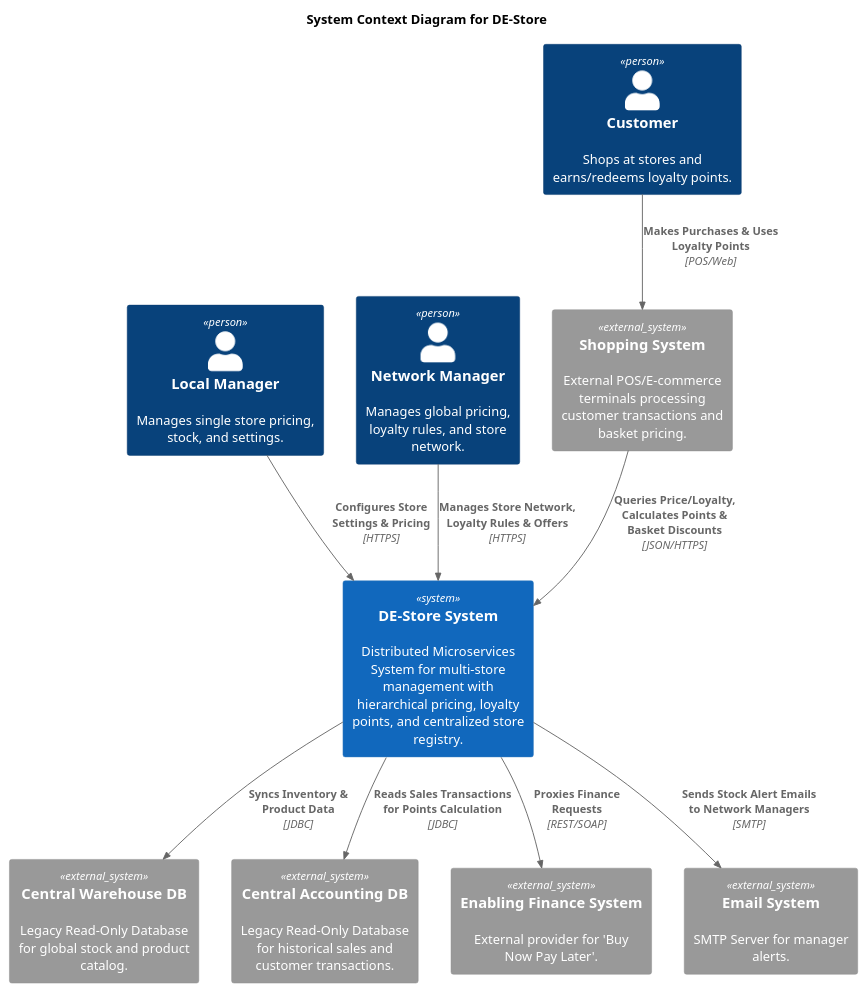
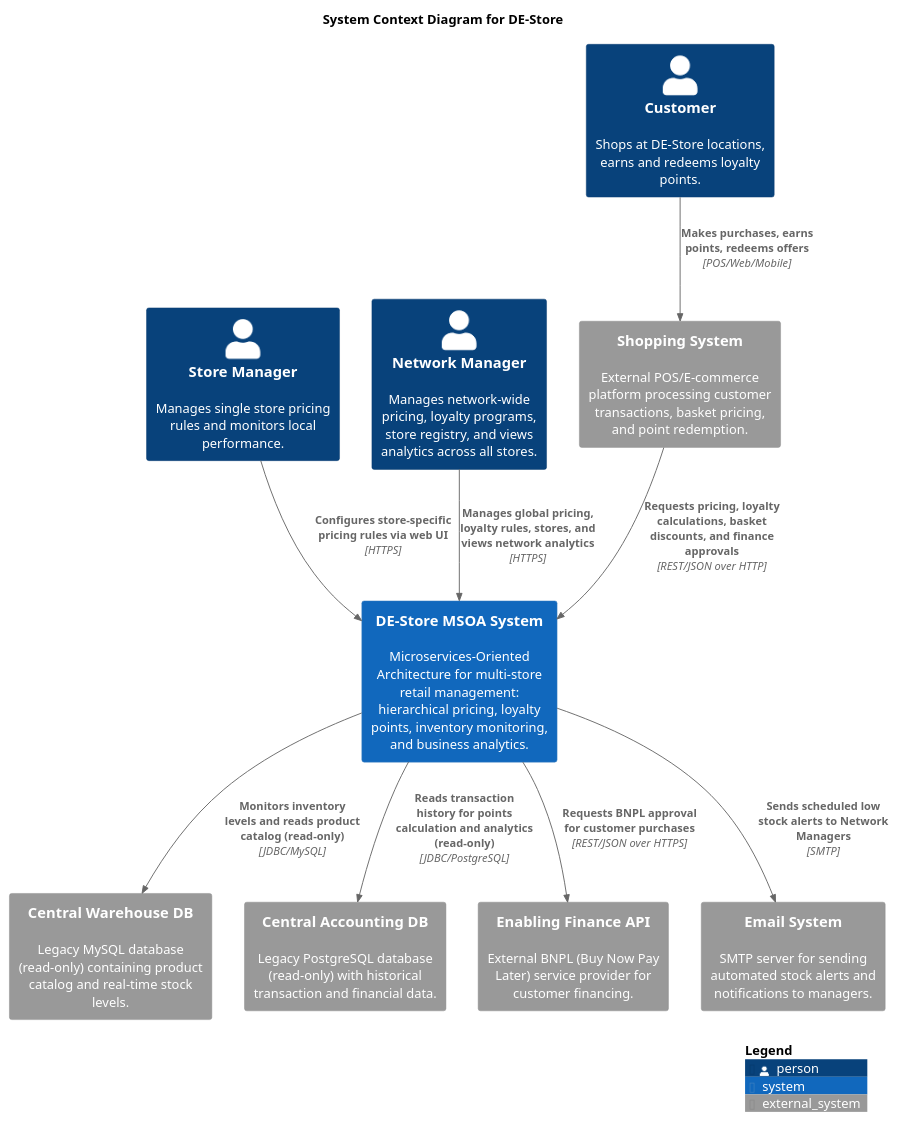
The diagram in Docs/context.puml (Alex180504/DE-store), drawn with PlantUML before and after one commit. The commit also changed 46 other files, not shown here.

Commit message:
Add uml c4 diagrams

```diff
--- a/Docs/context.puml
+++ b/Docs/context.puml
@@ -1,35 +1,36 @@
 @startuml
 !include https://raw.githubusercontent.com/plantuml-stdlib/C4-PlantUML/master/C4_Context.puml
 
 title System Context Diagram for DE-Store
 
 ' Personas
-Person(localMgr, "Local Manager", "Manages single store pricing, stock, and settings.")
-Person(netMgr, "Network Manager", "Manages global pricing, loyalty rules, and store network.")
-Person(customer, "Customer", "Shops at stores and earns/redeems loyalty points.")
+Person(storeMgr, "Store Manager", "Manages single store pricing rules and monitors local performance.")
+Person(netMgr, "Network Manager", "Manages network-wide pricing, loyalty programs, store registry, and views analytics across all stores.")
+Person(customer, "Customer", "Shops at DE-Store locations, earns and redeems loyalty points.")
 
 ' The Core System
-System(deStore, "DE-Store System", "Distributed Microservices System for multi-store management with hierarchical pricing, loyalty points, and centralized store registry.")
+System(deStore, "DE-Store MSOA System", "Microservices-Oriented Architecture for multi-store retail management: hierarchical pricing, loyalty points, inventory monitoring, and business analytics.")
 
 ' External Systems (The Environment)
-System_Ext(shoppingSys, "Shopping System", "External POS/E-commerce terminals processing customer transactions and basket pricing.")
-System_Ext(warehouseDB, "Central Warehouse DB", "Legacy Read-Only Database for global stock and product catalog.")
-System_Ext(accountingDB, "Central Accounting DB", "Legacy Read-Only Database for historical sales and customer transactions.")
-System_Ext(enablingSys, "Enabling Finance System", "External provider for 'Buy Now Pay Later'.")
-System_Ext(email, "Email System", "SMTP Server for manager alerts.")
+System_Ext(shoppingSys, "Shopping System", "External POS/E-commerce platform processing customer transactions, basket pricing, and point redemption.")
+System_Ext(warehouseDB, "Central Warehouse DB", "Legacy MySQL database (read-only) containing product catalog and real-time stock levels.")
+System_Ext(accountingDB, "Central Accounting DB", "Legacy PostgreSQL database (read-only) with historical transaction and financial data.")
+System_Ext(enablingSys, "Enabling Finance API", "External BNPL (Buy Now Pay Later) service provider for customer financing.")
+System_Ext(emailSys, "Email System", "SMTP server for sending automated stock alerts and notifications to managers.")
 
 ' Relationships - Human to System
-Rel(localMgr, deStore, "Configures Store Settings & Pricing", "HTTPS")
-Rel(netMgr, deStore, "Manages Store Network, Loyalty Rules & Offers", "HTTPS")
-Rel(customer, shoppingSys, "Makes Purchases & Uses Loyalty Points", "POS/Web")
+Rel(storeMgr, deStore, "Configures store-specific pricing rules via web UI", "HTTPS")
+Rel(netMgr, deStore, "Manages global pricing, loyalty rules, stores, and views network analytics", "HTTPS")
+Rel(customer, shoppingSys, "Makes purchases, earns points, redeems offers", "POS/Web/Mobile")
 
 ' Relationships - External Systems to DE-Store
-Rel(shoppingSys, deStore, "Queries Price/Loyalty, Calculates Points & Basket Discounts", "JSON/HTTPS")
+Rel(shoppingSys, deStore, "Requests pricing, loyalty calculations, basket discounts, and finance approvals", "REST/JSON over HTTP")
 
 ' Relationships - DE-Store to Legacy/External
-Rel(deStore, warehouseDB, "Syncs Inventory & Product Data", "JDBC")
-Rel(deStore, accountingDB, "Reads Sales Transactions for Points Calculation", "JDBC")
-Rel(deStore, enablingSys, "Proxies Finance Requests", "REST/SOAP")
-Rel(deStore, email, "Sends Stock Alert Emails to Network Managers", "SMTP")
+Rel(deStore, warehouseDB, "Monitors inventory levels and reads product catalog (read-only)", "JDBC/MySQL")
+Rel(deStore, accountingDB, "Reads transaction history for points calculation and analytics (read-only)", "JDBC/PostgreSQL")
+Rel(deStore, enablingSys, "Requests BNPL approval for customer purchases", "REST/JSON over HTTPS")
+Rel(deStore, emailSys, "Sends scheduled low stock alerts to Network Managers", "SMTP")
 
+SHOW_LEGEND()
 @enduml
```
